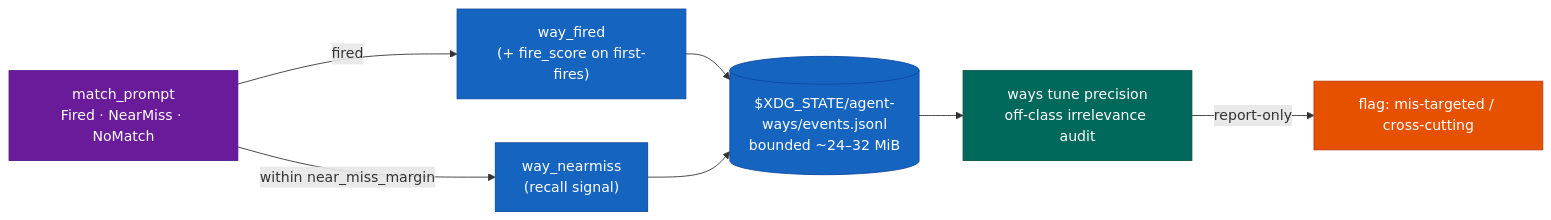
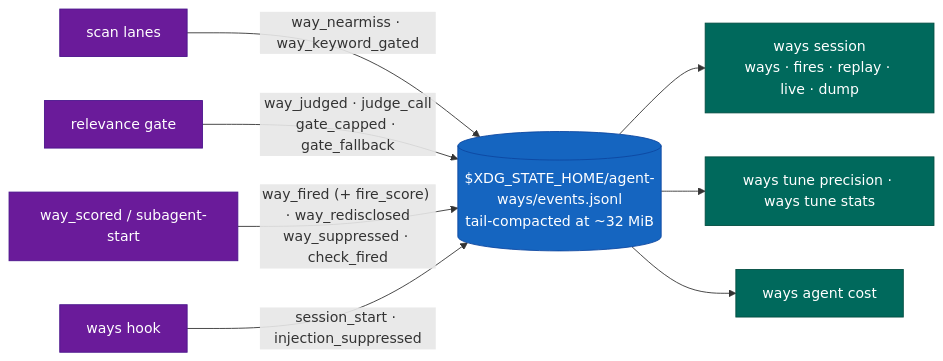
One commit to aaronsb/agent-ways changed the ninth of 13 diagrams in docs/architecture.md. Above: the diagram before and after it, drawn with Mermaid. The commit also changed other lines of this file and 7 other files, not shown here.

First line of the commit message:
docs(architecture): redraw the ways pipeline for the judge, late-interaction and per-agent state

````diff
--- a/docs/architecture.md
+++ b/docs/architecture.md
@@ -296,19 +406,22 @@
 ```mermaid
 flowchart LR
     classDef match fill:#6A1B9A,stroke:#4A148C,color:#fff
     classDef log fill:#1565C0,stroke:#0D47A1,color:#fff
-    classDef tune fill:#00695C,stroke:#004D40,color:#fff
-    classDef apply fill:#E65100,stroke:#BF360C,color:#fff
+    classDef read fill:#00695C,stroke:#004D40,color:#fff
 
-    Scan["match_prompt<br/>Fired · NearMiss · NoMatch"]:::match
+    Scan["scan lanes"]:::match
+    Gate["relevance gate"]:::match
+    Show["way_scored / subagent-start"]:::match
+    Hook["ways hook"]:::match
 
-    Scan -->|fired| WF["way_fired<br/>(+ fire_score on first-fires)"]:::log
-    Scan -->|"within near_miss_margin"| NM["way_nearmiss<br/>(recall signal)"]:::log
+    Scan -->|"way_nearmiss · way_keyword_gated"| EV
+    Gate -->|"way_judged · judge_call<br/>gate_capped · gate_fallback"| EV
+    Show -->|"way_fired (+ fire_score) · way_redisclosed<br/>way_suppressed · check_fired"| EV
+    Hook -->|"session_start · injection_suppressed"| EV
 
-    WF --> EV[("$XDG_STATE/agent-ways/events.jsonl<br/>bounded ~24–32 MiB")]:::log
-    NM --> EV
+    EV[("$XDG_STATE_HOME/agent-ways/events.jsonl<br/>tail-compacted at ~32 MiB")]:::log
 
-    EV --> TP["ways tune precision<br/>off-class irrelevance audit"]:::tune
-
-    TP -->|report-only| Remedy["flag: mis-targeted / cross-cutting"]:::apply
+    EV --> R1["ways session<br/>ways · fires · replay · live · dump"]:::read
+    EV --> R2["ways tune precision · ways tune stats"]:::read
+    EV --> R3["ways agent cost"]:::read
 ```
````
